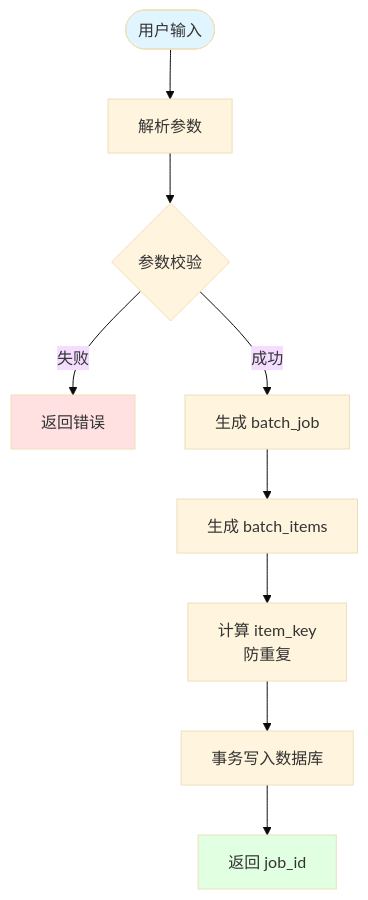
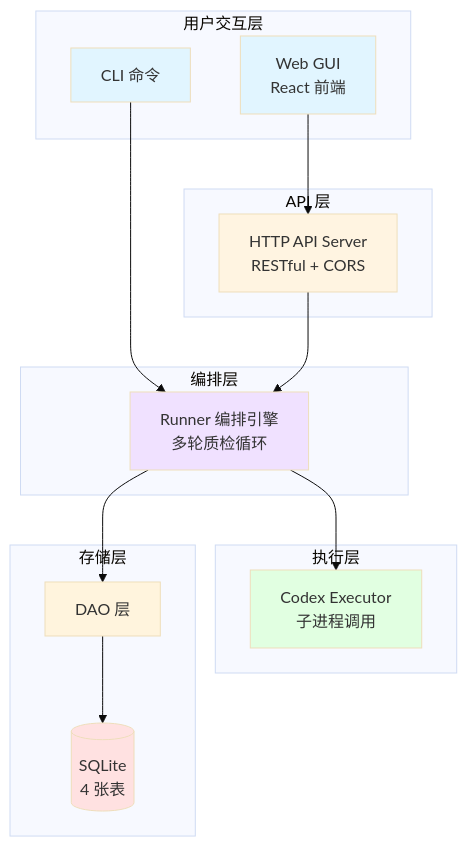
Before and after one commit to limecloud/qcloop: the second of 4 diagrams in docs/PRD.md, drawn with Mermaid (base theme). The commit also changed other lines of this file and 4 other files, not shown here.

````diff
--- a/docs/PRD.md
+++ b/docs/PRD.md
@@ -505,15 +253,38 @@
 ```mermaid
-flowchart TD
-    Start([用户输入]) --> Parse[解析参数]
-    Parse --> ValidateParams{参数校验}
-    ValidateParams -->|失败| Error1[返回错误]
-    ValidateParams -->|成功| GenJob[生成 batch_job]
-    GenJob --> GenItems[生成 batch_items]
-    GenItems --> CalcKey[计算 item_key<br/>防重复]
-    CalcKey --> WriteTx[事务写入数据库]
-    WriteTx --> Success[返回 job_id]
+graph TB
+    subgraph "用户交互层"
+        CLI[CLI 命令]
+        GUI[Web GUI<br/>React 前端]
+    end
     
-    style Start fill:#e1f5ff
-    style Success fill:#e1ffe1
-    style Error1 fill:#ffe1e1
+    subgraph "API 层"
+        API[HTTP API Server<br/>RESTful + CORS]
+    end
+    
+    subgraph "编排层"
+        Runner[Runner 编排引擎<br/>多轮质检循环]
+    end
+    
+    subgraph "执行层"
+        Executor[Codex Executor<br/>子进程调用]
+    end
+    
+    subgraph "存储层"
+        DAO[DAO 层]
+        DB[(SQLite<br/>4 张表)]
+    end
+    
+    CLI --> Runner
+    GUI --> API
+    API --> Runner
+    Runner --> Executor
+    Runner --> DAO
+    DAO --> DB
+    
+    style CLI fill:#e1f5ff
+    style GUI fill:#e1f5ff
+    style API fill:#fff4e1
+    style Runner fill:#f0e1ff
+    style Executor fill:#e1ffe1
+    style DB fill:#ffe1e1
 ```
````
